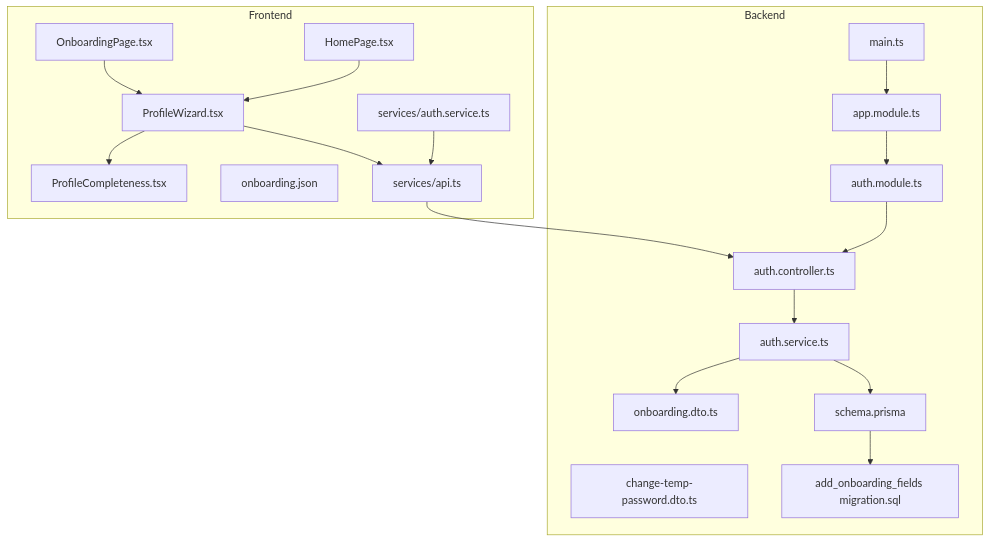
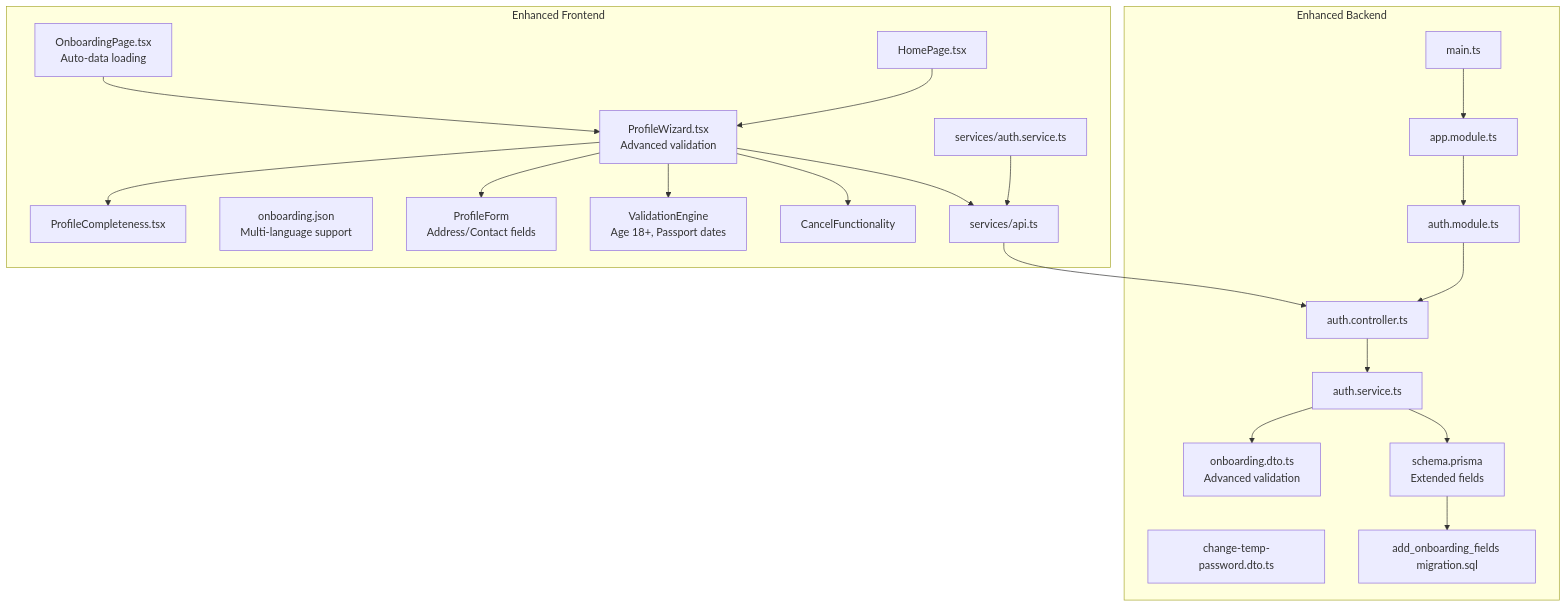
One commit to RobertRuas/windlog changed the first of 6 diagrams in .qoder/repowiki/en/content/Arquitetura Backend/Sistema Obrigatório de Onboarding.md. Above: the diagram before and after it, drawn with Mermaid. The commit also changed other lines of this file and 17 other files, not shown here.

````diff
--- a/.qoder/repowiki/en/content/Arquitetura Backend/Sistema Obrigatório de Onboarding.md
+++ b/.qoder/repowiki/en/content/Arquitetura Backend/Sistema Obrigatório de Onboarding.md
@@ -50,36 +63,42 @@
 ```mermaid
 graph TB
-subgraph "Frontend"
-OP["OnboardingPage.tsx"]
+subgraph "Enhanced Frontend"
+OP["OnboardingPage.tsx<br/>Auto-data loading"]
 HP["HomePage.tsx"]
-PW["ProfileWizard.tsx"]
+PW["ProfileWizard.tsx<br/>Advanced validation"]
 PC["ProfileCompleteness.tsx"]
-I18N["onboarding.json"]
+I18N["onboarding.json<br/>Multi-language support"]
 SAPI["services/api.ts"]
 SAUTH["services/auth.service.ts"]
+PF["ProfileForm<br/>Address/Contact fields"]
+PV["ValidationEngine<br/>Age 18+, Passport dates"]
+CF["CancelFunctionality"]
 end
-subgraph "Backend"
+subgraph "Enhanced Backend"
 AC["auth.controller.ts"]
 AS["auth.service.ts"]
-ADTO["onboarding.dto.ts"]
+ADTO["onboarding.dto.ts<br/>Advanced validation"]
 CTPDTO["change-temp-password.dto.ts"]
-SCHEMA["schema.prisma"]
+SCHEMA["schema.prisma<br/>Extended fields"]
 MIG["add_onboarding_fields migration.sql"]
 AMOD["auth.module.ts"]
 APPMOD["app.module.ts"]
 MAIN["main.ts"]
 end
 OP --> PW
 HP --> PW
 PW --> PC
+PW --> PF
+PW --> PV
+PW --> CF
 PW --> SAPI
 SAPI --> AC
 AC --> AS
 AS --> ADTO
 AS --> SCHEMA
 SCHEMA --> MIG
 AMOD --> AC
 APPMOD --> AMOD
 MAIN --> APPMOD
 SAUTH --> SAPI
 ```
````
